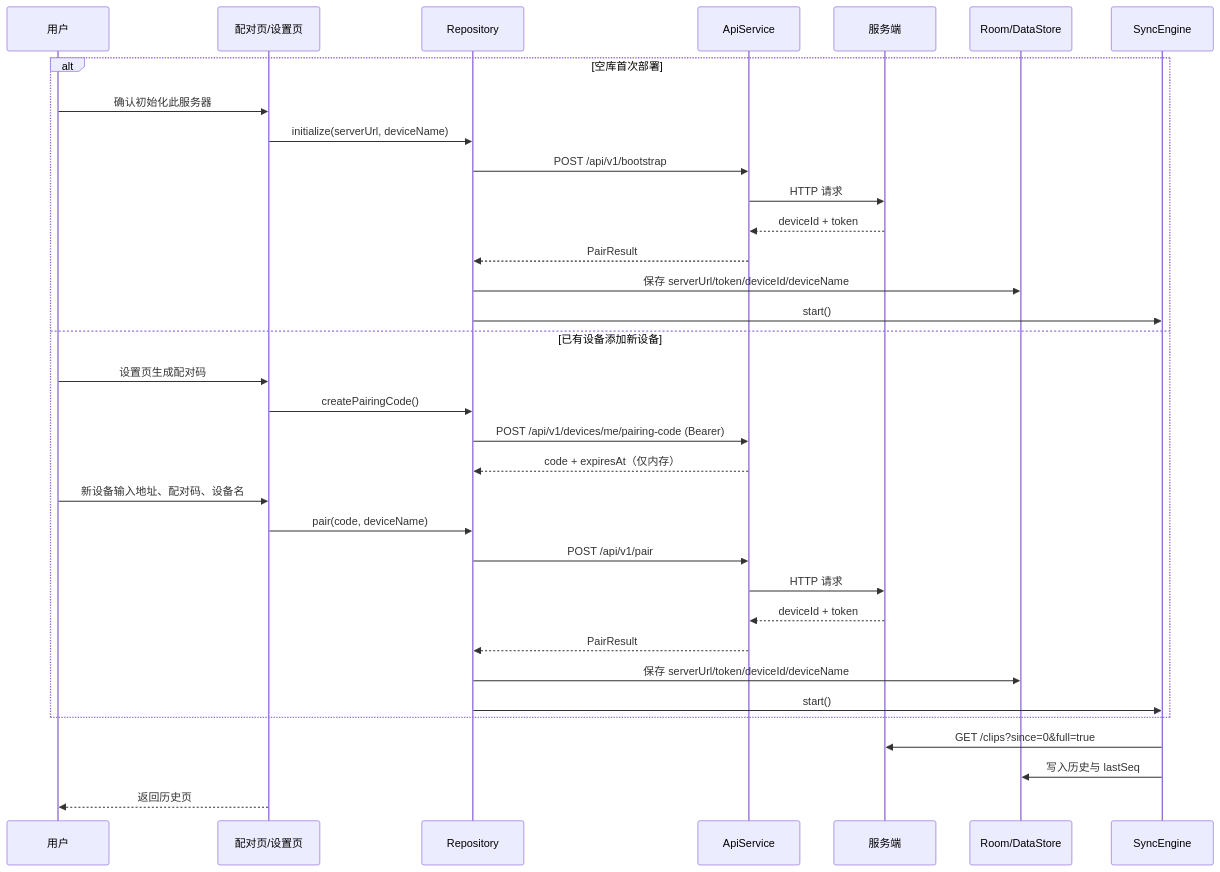
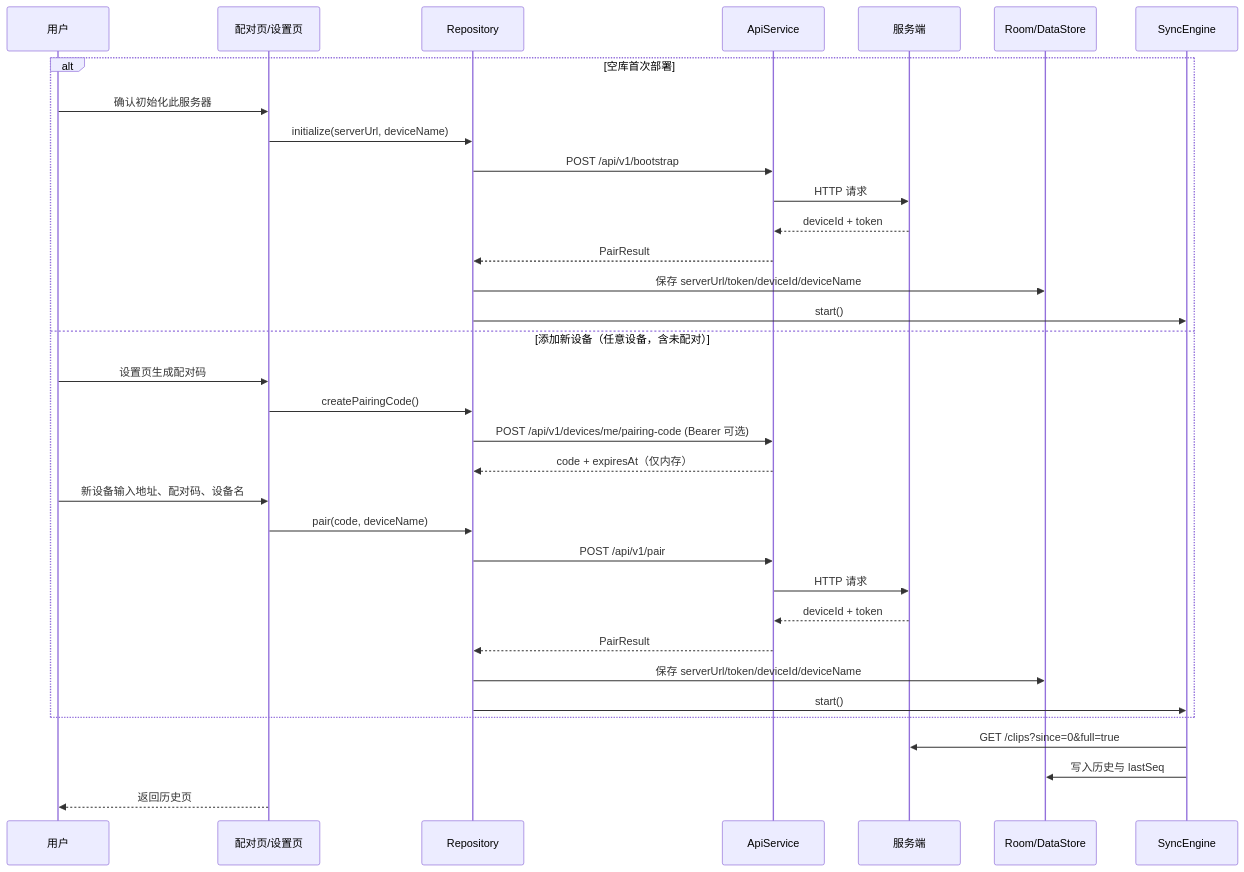
Before and after one commit to xingfengwxx/Clipbox: the fourth of 13 diagrams in docs/客户端技术架构.md, drawn with Mermaid. The commit also changed other lines of this file and 35 other files, not shown here.

````diff
--- a/docs/客户端技术架构.md
+++ b/docs/客户端技术架构.md
@@ -787,37 +787,37 @@
 ```mermaid
 sequenceDiagram
     participant U as 用户
     participant UI as 配对页/设置页
     participant R as Repository
     participant A as ApiService
     participant S as 服务端
     participant DB as Room/DataStore
     participant Sync as SyncEngine
 
     alt 空库首次部署
         U->>UI: 确认初始化此服务器
         UI->>R: initialize(serverUrl, deviceName)
         R->>A: POST /api/v1/bootstrap
         A->>S: HTTP 请求
         S-->>A: deviceId + token
         A-->>R: PairResult
         R->>DB: 保存 serverUrl/token/deviceId/deviceName
         R->>Sync: start()
-    else 已有设备添加新设备
+    else 添加新设备（任意设备，含未配对）
         U->>UI: 设置页生成配对码
         UI->>R: createPairingCode()
-        R->>A: POST /api/v1/devices/me/pairing-code (Bearer)
+        R->>A: POST /api/v1/devices/me/pairing-code (Bearer 可选)
         A-->>R: code + expiresAt（仅内存）
         U->>UI: 新设备输入地址、配对码、设备名
         UI->>R: pair(code, deviceName)
         R->>A: POST /api/v1/pair
         A->>S: HTTP 请求
         S-->>A: deviceId + token
         A-->>R: PairResult
         R->>DB: 保存 serverUrl/token/deviceId/deviceName
         R->>Sync: start()
     end
     Sync->>S: GET /clips?since=0&full=true
     Sync->>DB: 写入历史与 lastSeq
     UI-->>U: 返回历史页
 ```
````
